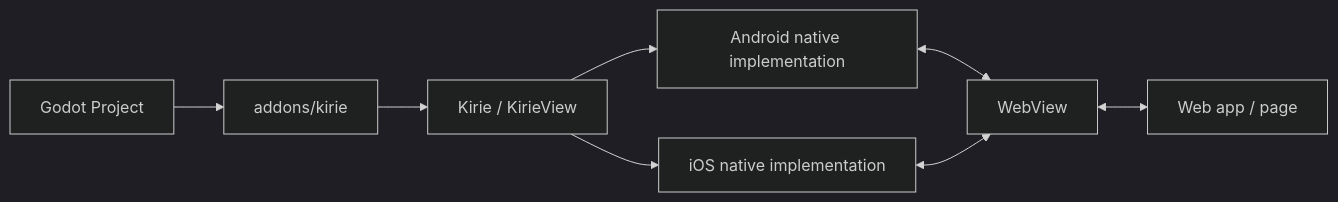
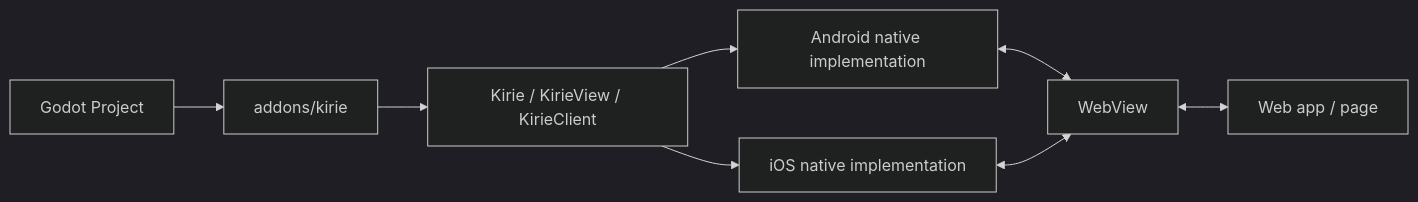
Before and after one commit to moeru-ai/godot-kirie: the diagram in README.md, drawn with Mermaid (dark theme). The commit also changed other lines of this file and 7 other files, not shown here.

````diff
--- a/README.md
+++ b/README.md
@@ -8,10 +8,10 @@
 ```mermaid
 flowchart LR
     A["Godot Project"] --> B["addons/kirie"]
-    B --> C["Kirie / KirieView"]
+    B --> C["Kirie / KirieView / KirieClient"]
     C --> D["Android native implementation"]
     C --> E["iOS native implementation"]
     D <--> F["WebView"]
     E <--> F
     F <--> G["Web app / page"]
 ```
````
